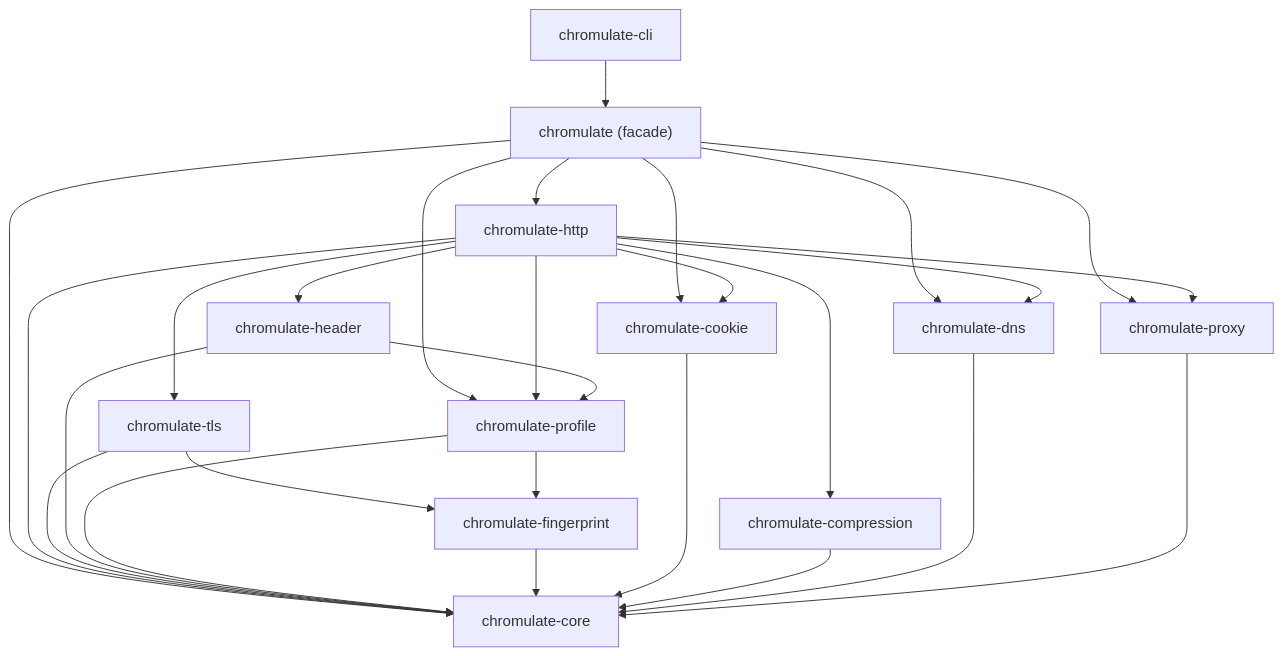
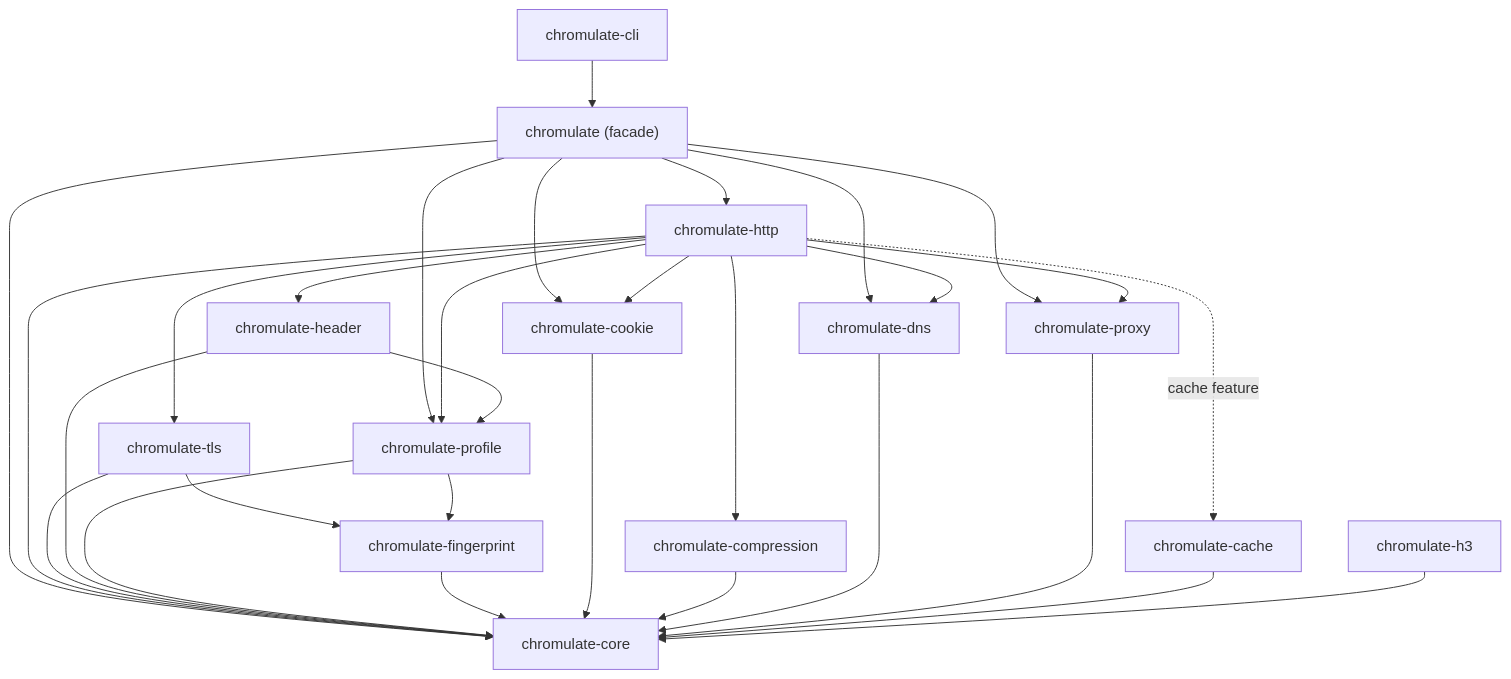
One commit to cagataycankaya/chromulate changed the first of 3 diagrams in docs/architecture/02-chromulate-design.md. Above: the diagram before and after it, drawn with Mermaid. The commit also changed other lines of this file and 2 other files, not shown here.

````diff
--- a/docs/architecture/02-chromulate-design.md
+++ b/docs/architecture/02-chromulate-design.md
@@ -142,32 +142,35 @@
 ```mermaid
 graph TD
     cli["chromulate-cli"] --> facade["chromulate (facade)"]
 
     facade --> http["chromulate-http"]
     facade --> profile["chromulate-profile"]
     facade --> cookie["chromulate-cookie"]
     facade --> proxy["chromulate-proxy"]
     facade --> dns["chromulate-dns"]
     facade --> core["chromulate-core"]
 
     http --> tls["chromulate-tls"]
     http --> header["chromulate-header"]
     http --> cookie
     http --> compression["chromulate-compression"]
     http --> dns
     http --> proxy
     http --> profile
     http --> core
+    http -.->|"cache feature"| cache["chromulate-cache"]
 
     tls --> fingerprint["chromulate-fingerprint"]
     tls --> core
     header --> profile
     header --> core
     profile --> fingerprint
     profile --> core
     fingerprint --> core
     cookie --> core
     compression --> core
     dns --> core
     proxy --> core
+    cache --> core
+    h3["chromulate-h3"] --> core
 ```
````
